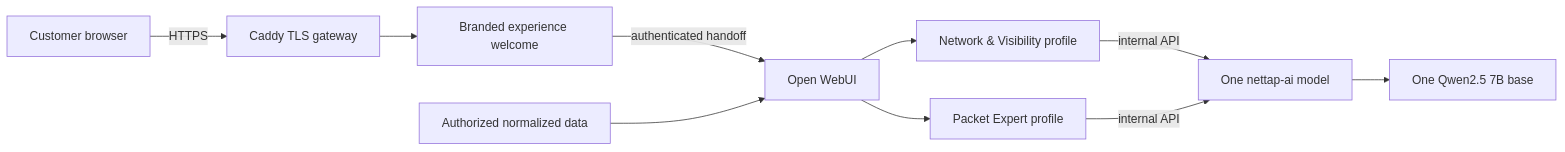
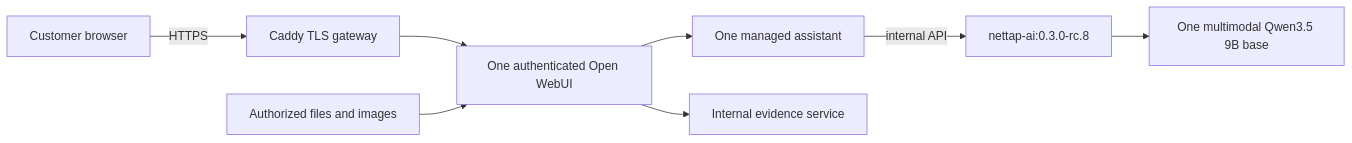
One commit to mpdwyer2367/nettap-packet-expert changed the diagram in docs/PRODUCTION_ARCHITECTURE.md. Above: the diagram before and after it, drawn with Mermaid. The commit also changed other lines of this file and 55 other files, not shown here.

````diff
--- a/docs/PRODUCTION_ARCHITECTURE.md
+++ b/docs/PRODUCTION_ARCHITECTURE.md
@@ -9,12 +9,10 @@
 ```mermaid
 flowchart LR
     B["Customer browser"] -->|HTTPS| G["Caddy TLS gateway"]
-    G --> L["Branded experience welcome"]
-    L -->|authenticated handoff| W["Open WebUI"]
-    W --> V["Network & Visibility profile"]
-    W --> P["Packet Expert profile"]
-    V -->|internal API| N["One nettap-ai model"]
-    P -->|internal API| N
-    N --> M["One Qwen2.5 7B base"]
-    D["Authorized normalized data"] --> W
+    G --> W["One authenticated Open WebUI"]
+    W --> A["One managed assistant"]
+    A -->|internal API| N["nettap-ai:0.3.0-rc.8"]
+    N --> M["One multimodal Qwen3.5 9B base"]
+    D["Authorized files and images"] --> W
+    W --> E["Internal evidence service"]
 ```
````
